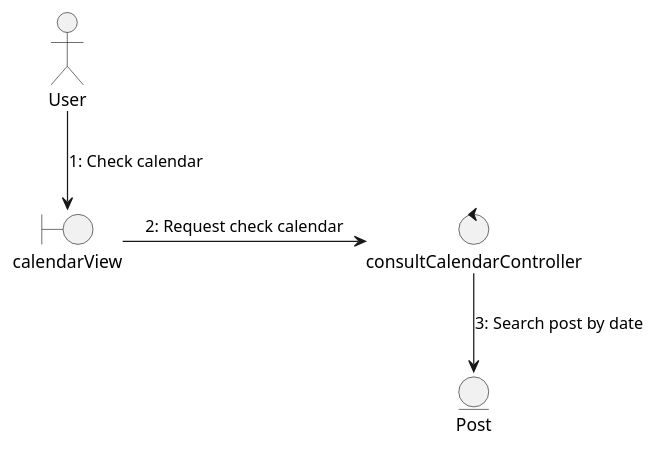
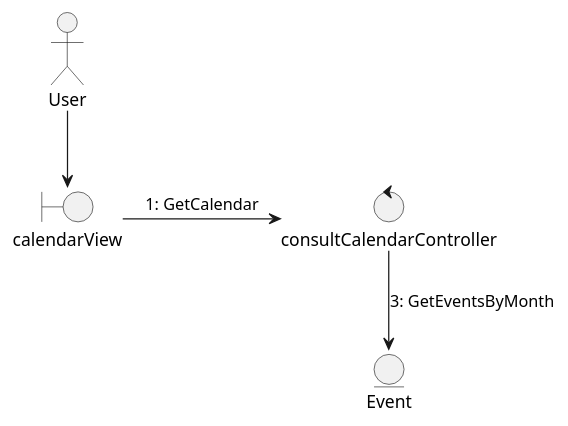
The diagram in docs/scenariosView/collaborationDiagram/useCase-ConsultarCalendario.plantuml (Dayannis-07/ING_SOFT), drawn with PlantUML before and after one commit. The commit also changed 1 other file, not shown here.

Commit message:
Calendar controller now comunicates with Event entity

```diff
--- a/docs/scenariosView/collaborationDiagram/useCase-ConsultarCalendario.plantuml
+++ b/docs/scenariosView/collaborationDiagram/useCase-ConsultarCalendario.plantuml
@@ -1,10 +1,10 @@
 @startuml Consultar Calendario
 actor User as User
 
 boundary "calendarView" as view
 control "consultCalendarController" as controller
-entity Post as P
-User --> view : "1: Check calendar"
-view-r->controller : "2: Request check calendar"
-controller-->P : "3: Search post by date"
+entity Event as E
+User --> view
+view-r->controller : "1: GetCalendar"
+controller-->E : "3: GetEventsByMonth"
 @enduml
```
